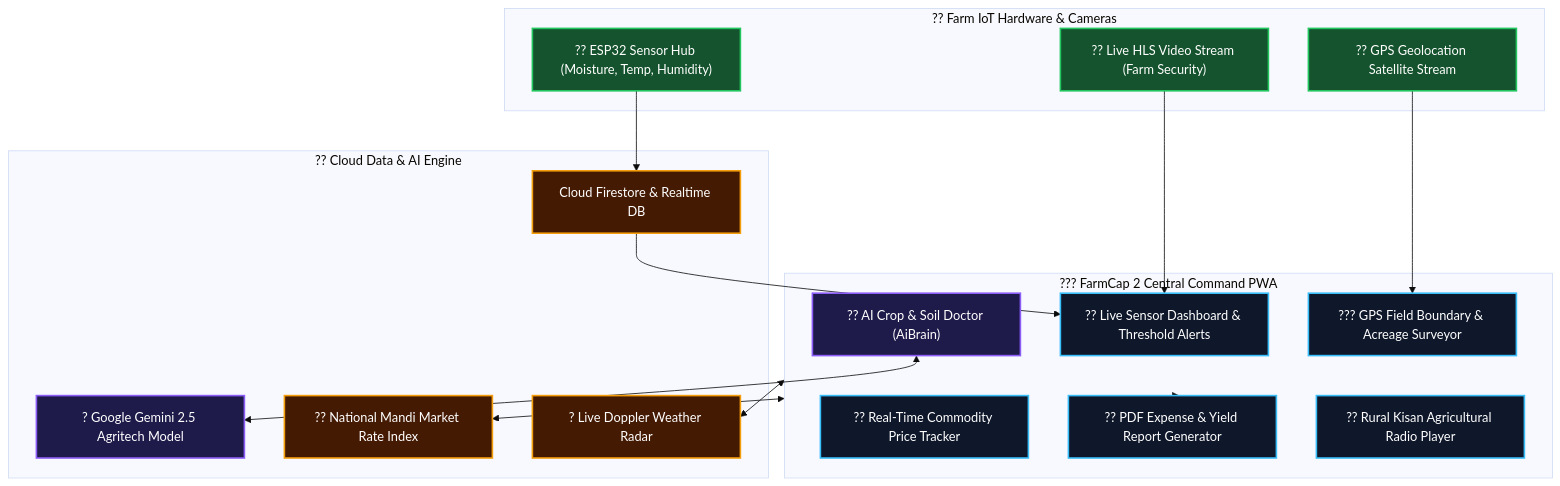
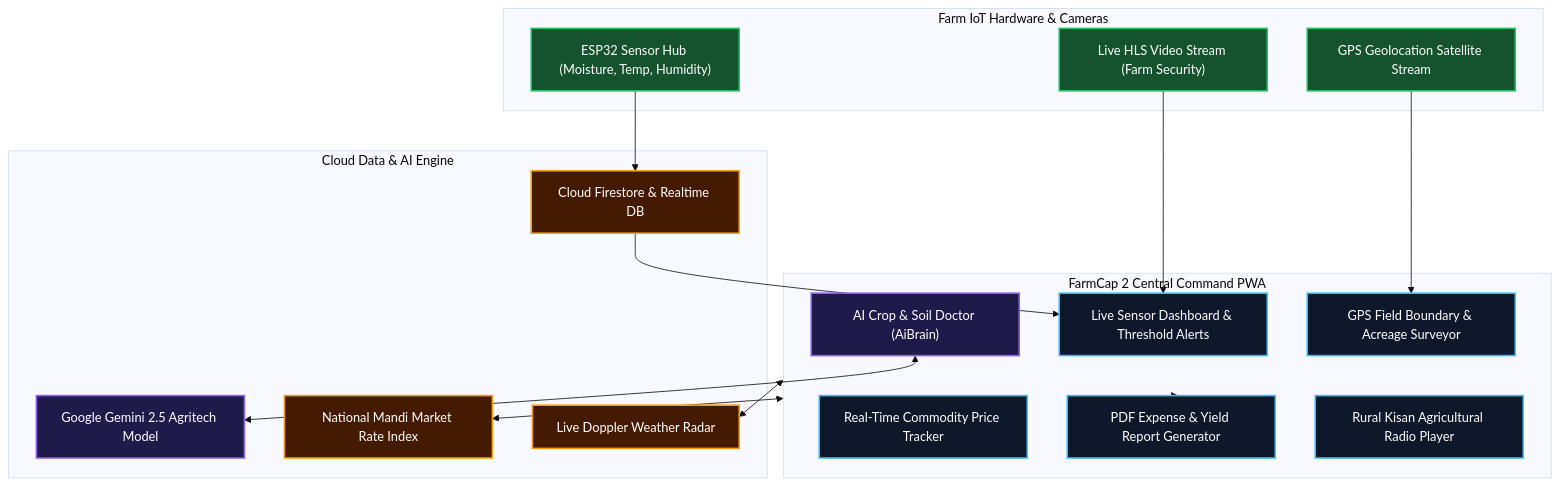
One commit to maniscap/FARM-CAP-2 changed the diagram in README.md. Above: the diagram before and after it, drawn with Mermaid (base theme). The commit also changed other lines of this file, not shown here.

````diff
--- a/README.md
+++ b/README.md
@@ -38,36 +38,36 @@
 ```mermaid
 flowchart TD
     classDef iot fill:#14532d,stroke:#22c55e,stroke-width:2px,color:#fff;
     classDef ai fill:#1e1b4b,stroke:#8b5cf6,stroke-width:2px,color:#fff;
     classDef client fill:#0f172a,stroke:#38bdf8,stroke-width:2px,color:#fff;
     classDef cloud fill:#451a03,stroke:#f59e0b,stroke-width:2px,color:#fff;
 
-    subgraph FarmSensors["?? Farm IoT Hardware & Cameras"]
-        ESP32["?? ESP32 Sensor Hub (Moisture, Temp, Humidity)"]:::iot
-        CCTV["?? Live HLS Video Stream (Farm Security)"]:::iot
-        GPSNode["?? GPS Geolocation Satellite Stream"]:::iot
+    subgraph FarmSensors["Farm IoT Hardware & Cameras"]
+        ESP32["ESP32 Sensor Hub (Moisture, Temp, Humidity)"]:::iot
+        CCTV["Live HLS Video Stream (Farm Security)"]:::iot
+        GPSNode["GPS Geolocation Satellite Stream"]:::iot
     end
 
-    subgraph BackendCloud["?? Cloud Data & AI Engine"]
+    subgraph BackendCloud["Cloud Data & AI Engine"]
         Firebase["Cloud Firestore & Realtime DB"]:::cloud
-        Gemini["? Google Gemini 2.5 Agritech Model"]:::ai
-        MandiAPI["?? National Mandi Market Rate Index"]:::cloud
-        WeatherAPI["? Live Doppler Weather Radar"]:::cloud
+        Gemini["Google Gemini 2.5 Agritech Model"]:::ai
+        MandiAPI["National Mandi Market Rate Index"]:::cloud
+        WeatherAPI["Live Doppler Weather Radar"]:::cloud
     end
 
-    subgraph Dashboard["??? FarmCap 2 Central Command PWA"]
-        SensorDash["?? Live Sensor Dashboard & Threshold Alerts"]:::client
-        AIChat["?? AI Crop & Soil Doctor (AiBrain)"]:::ai
-        GPSMeasure["??? GPS Field Boundary & Acreage Surveyor"]:::client
-        MandiBoard["?? Real-Time Commodity Price Tracker"]:::client
-        ExpensePDF["?? PDF Expense & Yield Report Generator"]:::client
-        RadioStream["?? Rural Kisan Agricultural Radio Player"]:::client
+    subgraph Dashboard["FarmCap 2 Central Command PWA"]
+        SensorDash["Live Sensor Dashboard & Threshold Alerts"]:::client
+        AIChat["AI Crop & Soil Doctor (AiBrain)"]:::ai
+        GPSMeasure["GPS Field Boundary & Acreage Surveyor"]:::client
+        MandiBoard["Real-Time Commodity Price Tracker"]:::client
+        ExpensePDF["PDF Expense & Yield Report Generator"]:::client
+        RadioStream["Rural Kisan Agricultural Radio Player"]:::client
     end
 
     ESP32 --> Firebase --> SensorDash
     CCTV --> SensorDash
     GPSNode --> GPSMeasure
     AIChat <--> Gemini
     Dashboard <--> MandiAPI & WeatherAPI
     Dashboard --> ExpensePDF
 ```
````
